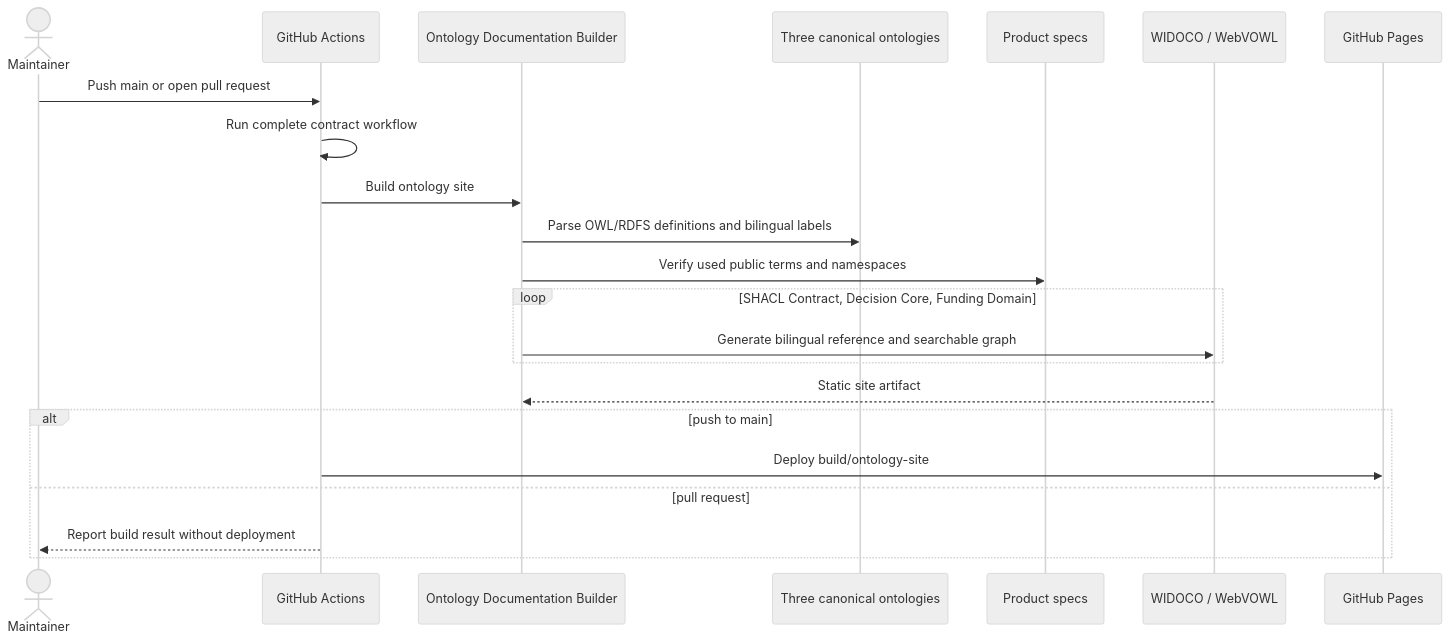
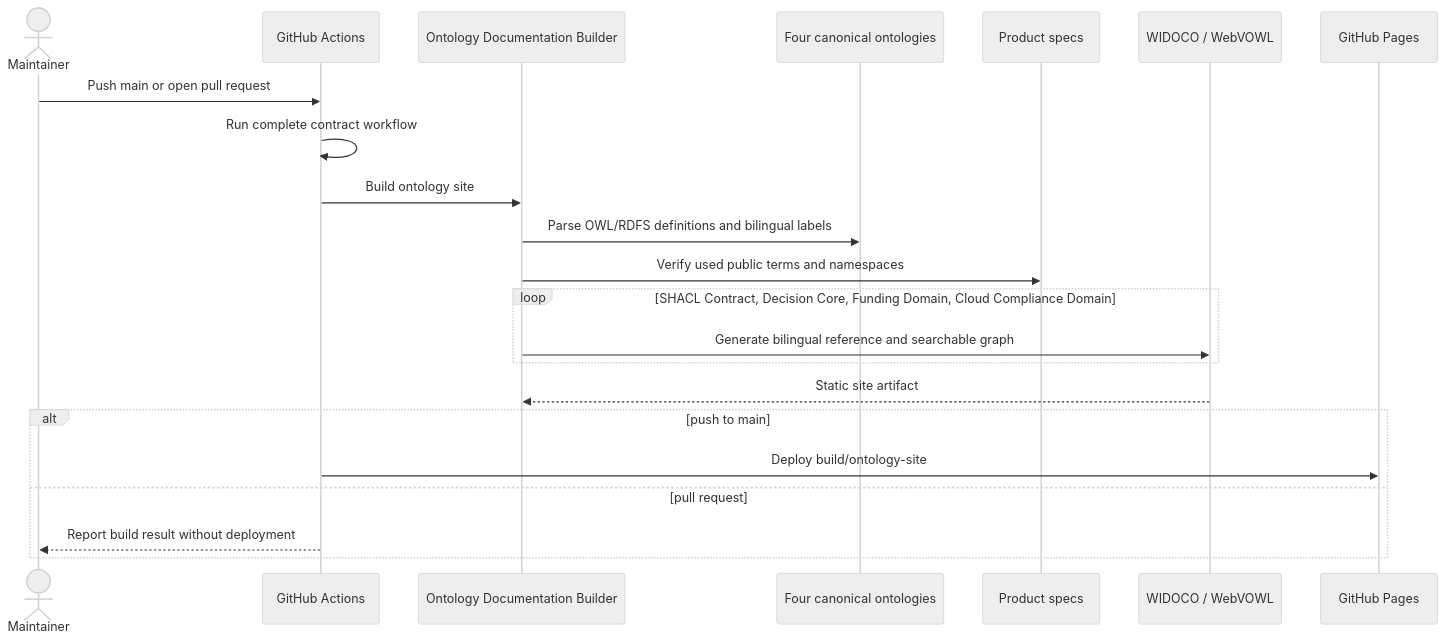
Before and after one commit to arturmiller/spec-compiler: the fifth of 6 diagrams in docs/architecture/arc42.md, drawn with Mermaid (neutral theme). The commit also changed other lines of this file and 48 other files, not shown here.

Commit message:
Implement cloud compliance reuse slice (fixes #6)

````diff
--- a/docs/architecture/arc42.md
+++ b/docs/architecture/arc42.md
@@ -362,25 +372,25 @@
 ```mermaid
 sequenceDiagram
     actor Maintainer
     participant CI as GitHub Actions
     participant Builder as Ontology Documentation Builder
-    participant Ontologies as Three canonical ontologies
+    participant Ontologies as Four canonical ontologies
     participant Specs as Product specs
     participant WIDOCO as WIDOCO / WebVOWL
     participant Pages as GitHub Pages
 
     Maintainer->>CI: Push main or open pull request
     CI->>CI: Run complete contract workflow
     CI->>Builder: Build ontology site
     Builder->>Ontologies: Parse OWL/RDFS definitions and bilingual labels
     Builder->>Specs: Verify used public terms and namespaces
-    loop SHACL Contract, Decision Core, Funding Domain
+    loop SHACL Contract, Decision Core, Funding Domain, Cloud Compliance Domain
         Builder->>WIDOCO: Generate bilingual reference and searchable graph
     end
     WIDOCO-->>Builder: Static site artifact
     alt push to main
         CI->>Pages: Deploy build/ontology-site
     else pull request
         CI-->>Maintainer: Report build result without deployment
     end
 ```
````
